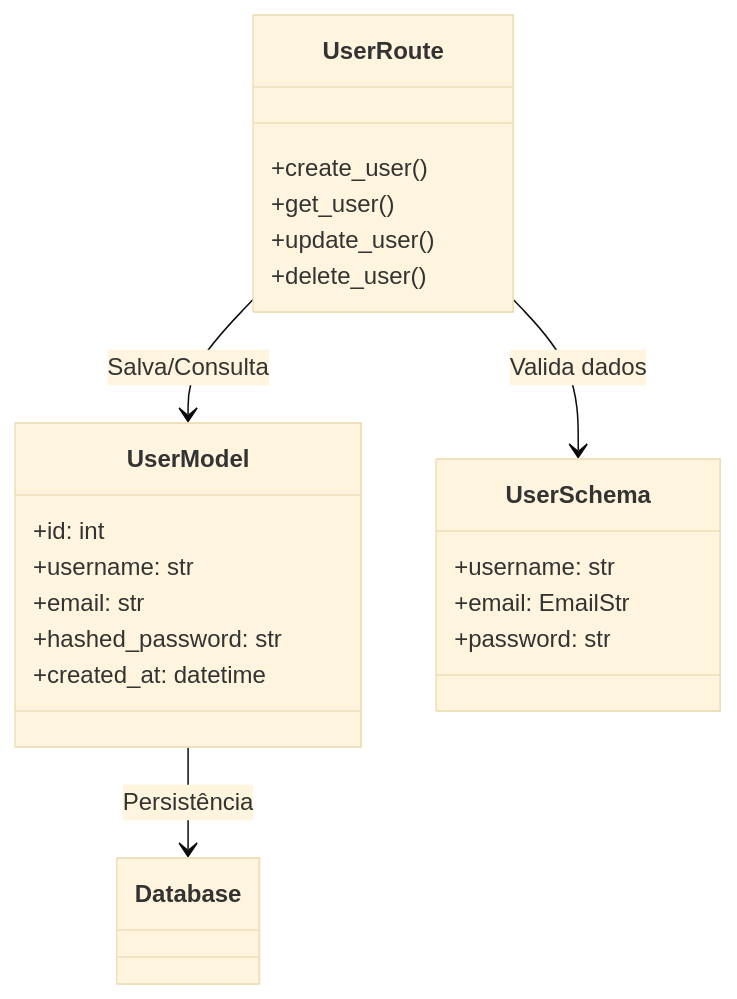
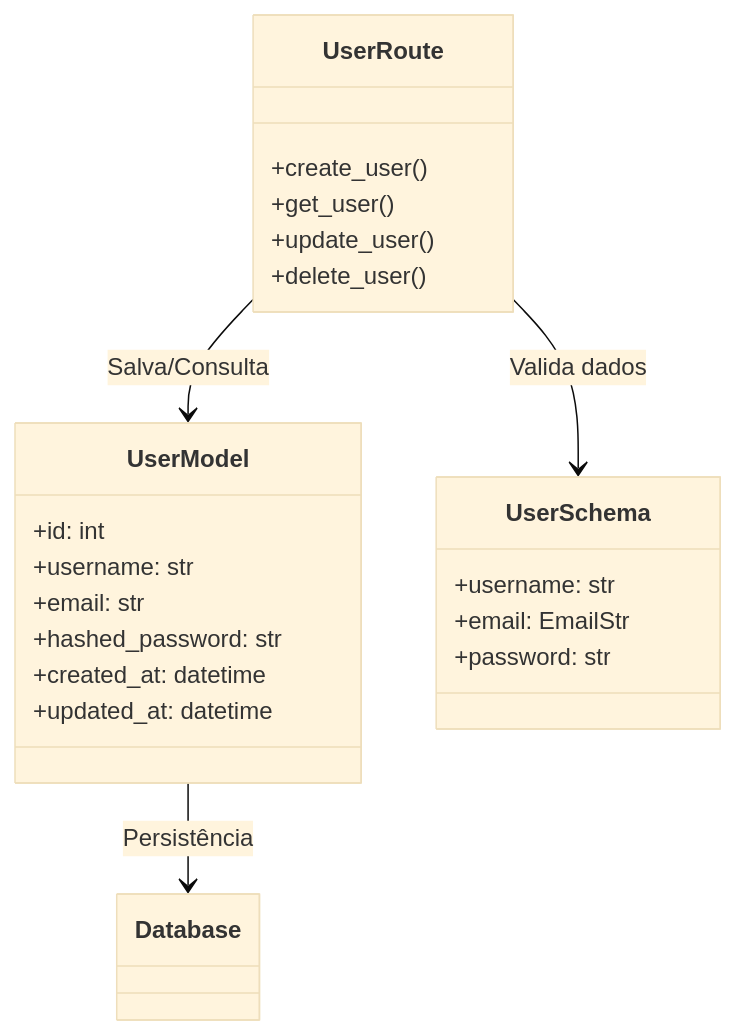
One commit to Nicknamedlc/CRUD_API changed the first of 4 diagrams in README.md. Above: the diagram before and after it, drawn with Mermaid (base theme). The commit also changed other lines of this file and 26 other files, not shown here.

````diff
--- a/README.md
+++ b/README.md
@@ -40,27 +43,28 @@
 ```mermaid
 classDiagram
     class UserModel {
         +id: int
         +username: str
         +email: str
         +hashed_password: str
         +created_at: datetime
+        +updated_at: datetime
     }
 
     class UserSchema {
         +username: str
         +email: EmailStr
         +password: str
     }
 
     class UserRoute {
         +create_user()
         +get_user()
         +update_user()
         +delete_user()
     }
 
     UserRoute --> UserSchema : Valida dados
     UserRoute --> UserModel : Salva/Consulta
     UserModel --> Database : Persistência
 ```
````
